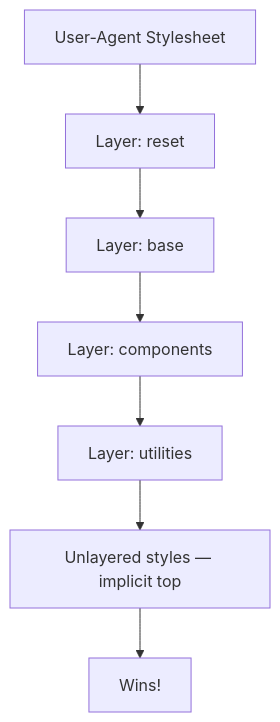
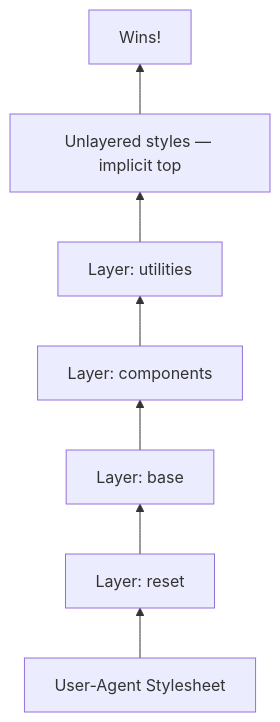
The diagram in docs/en/Web Platform Proposals/CSS Experimental/11203.md (alivedise/frontend-engineering-essentials), drawn with Mermaid before and after one commit. The commit also changed other lines of this file and 1 other file, not shown here.

Commit message:
fix(fee): fix Mermaid direction and specificity value in FEE-11203
- Changed Mermaid diagram from graph TD (top-down) to graph BT (bottom-to-top) to properly show priority hierarchy with "Wins!" at the top
- Corrected specificity value from (1,3,0) to (1,2,0) for selector #app .button.button--primary (1 ID + 2 classes, not 3 classes)

````diff
--- a/docs/en/Web Platform Proposals/CSS Experimental/11203.md
+++ b/docs/en/Web Platform Proposals/CSS Experimental/11203.md
@@ -90,9 +90,9 @@
 ```mermaid
-graph TD
+graph BT
   UA[User-Agent Stylesheet] --> R[Layer: reset]
   R --> B[Layer: base]
   B --> C[Layer: components]
   C --> U[Layer: utilities]
   U --> UL[Unlayered styles — implicit top]
   UL --> W[Wins!]
 ```
````
